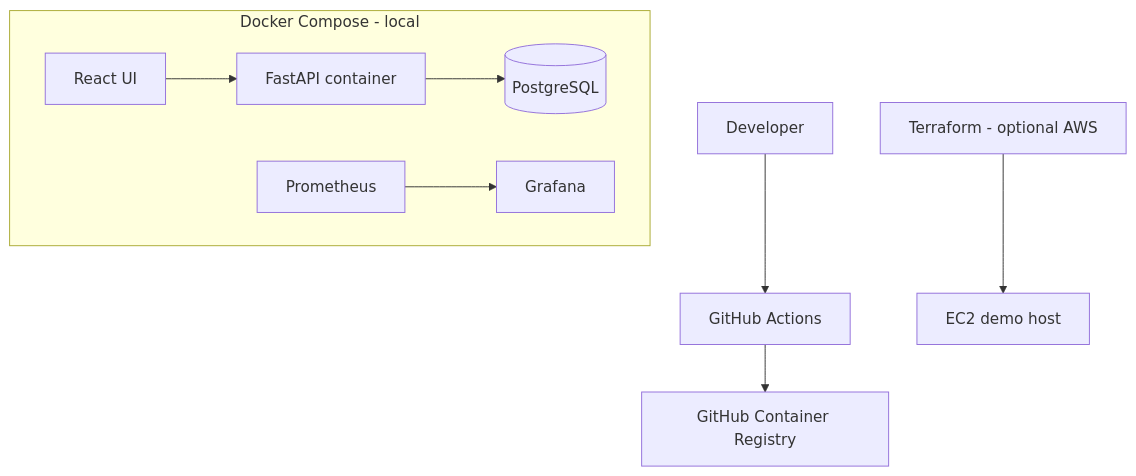
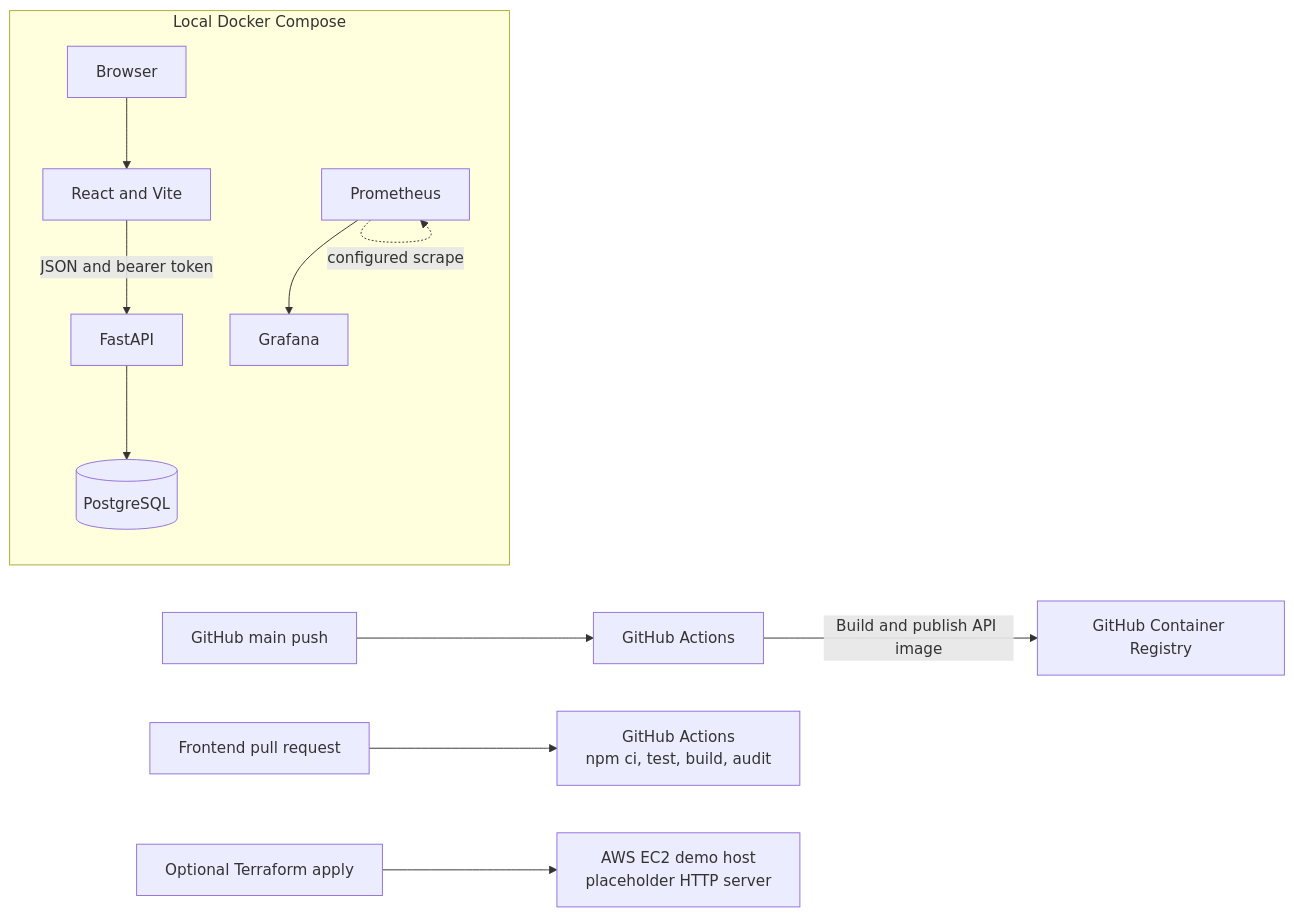
The diagram in README.md (MohanaSrinivas/cloudops-deployment-lab), drawn with Mermaid before and after one commit. The commit also changed other lines of this file, not shown here.

Commit message:
docs: clarify deployment lab architecture and setup

````diff
--- a/README.md
+++ b/README.md
@@ -9,11 +17,14 @@
 ```mermaid
-flowchart TB
-  Dev[Developer] --> GH[GitHub Actions]
-  GH --> Registry[GitHub Container Registry]
-  subgraph Local[Docker Compose - local]
-    Web[React UI] --> API[FastAPI container]
+flowchart LR
+  subgraph Local[Local Docker Compose]
+    User[Browser] --> Web[React and Vite]
+    Web -->|JSON and bearer token| API[FastAPI]
     API --> DB[(PostgreSQL)]
-    Prom[Prometheus] --> Graf[Grafana]
+    Prom[Prometheus] --> Grafana[Grafana]
+    Prom -. configured scrape .-> Prom
   end
-  TF[Terraform - optional AWS] --> EC2[EC2 demo host]
+  Source[GitHub main push] --> Build[GitHub Actions]
+  Build -->|Build and publish API image| GHCR[GitHub Container Registry]
+  PR[Frontend pull request] --> Validate[GitHub Actions<br/>npm ci, test, build, audit]
+  Terraform[Optional Terraform apply] --> EC2[AWS EC2 demo host<br/>placeholder HTTP server]
 ```
````
